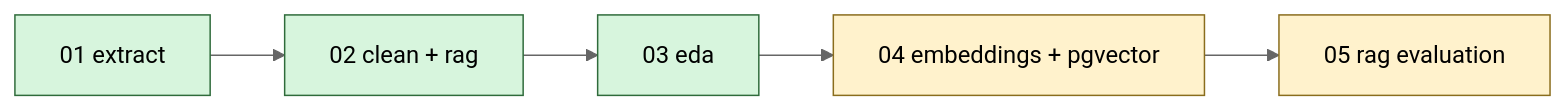
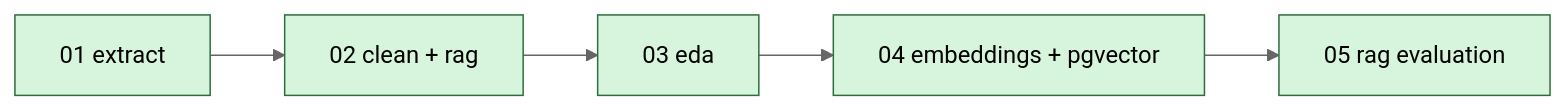
One commit to gastonnina/miadas_D03 changed the second of 2 diagrams in README.md. Above: the diagram before and after it, drawn with Mermaid (neutral theme). The commit also changed other lines of this file and 13 other files, not shown here.

````diff
--- a/README.md
+++ b/README.md
@@ -207,13 +210,13 @@
 ```mermaid
 flowchart LR
     N1["01 extract"] --> N2["02 clean + rag"]
     N2 --> N3["03 eda"]
     N3 --> N4["04 embeddings + pgvector"]
     N4 --> N5["05 rag evaluation"]
 
     style N1 fill:#d7f5dd,stroke:#2f6b3b
     style N2 fill:#d7f5dd,stroke:#2f6b3b
     style N3 fill:#d7f5dd,stroke:#2f6b3b
-    style N4 fill:#fff2cc,stroke:#8a6d1d
-    style N5 fill:#fff2cc,stroke:#8a6d1d
+    style N4 fill:#d7f5dd,stroke:#2f6b3b
+    style N5 fill:#d7f5dd,stroke:#2f6b3b
 ```
````
